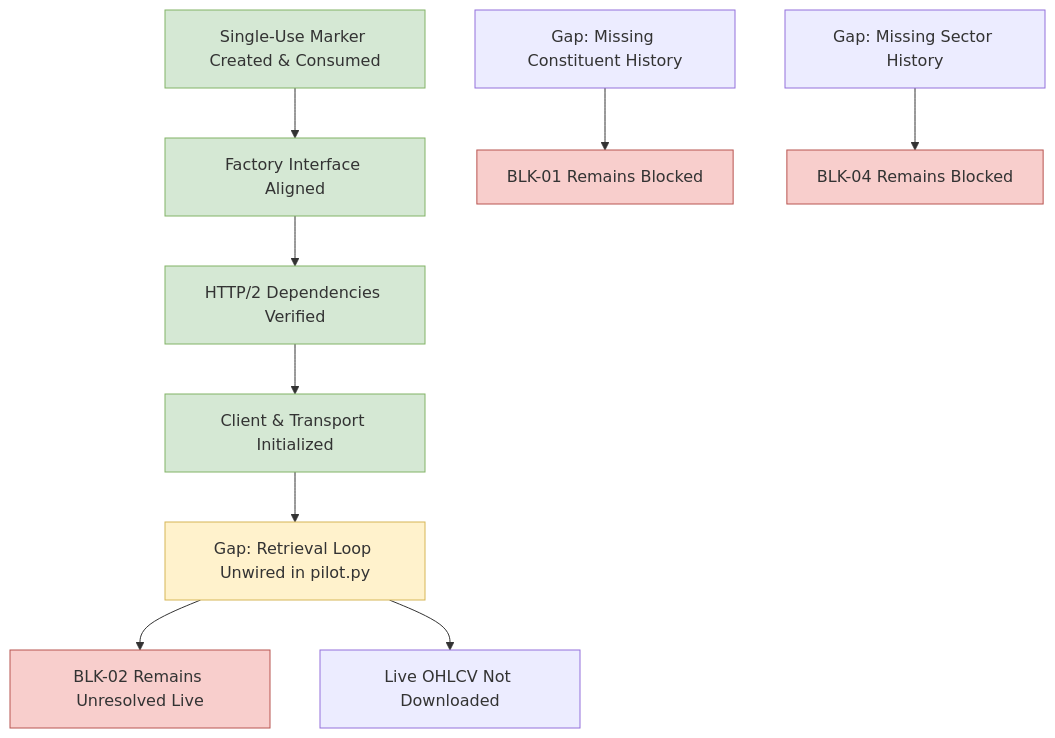
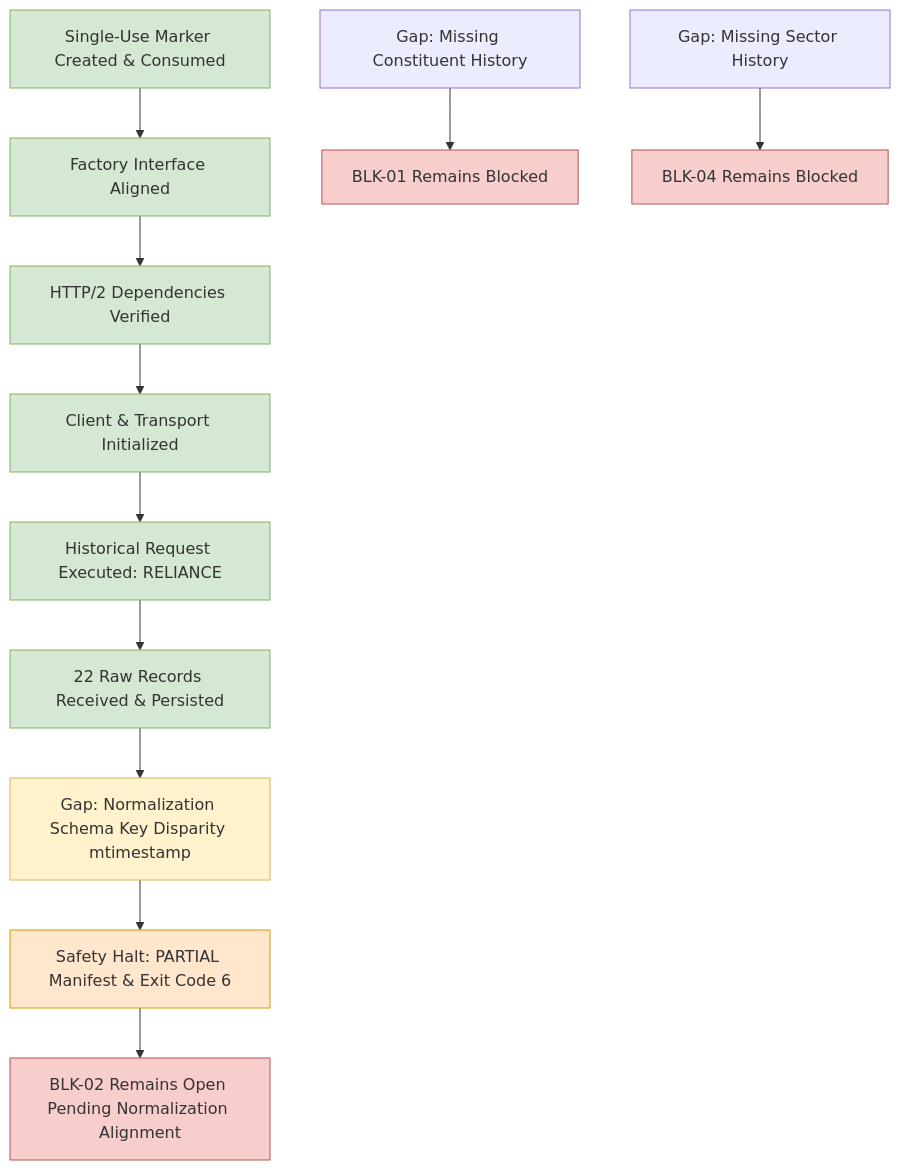
The diagram in docs/PHASE7_NSE_FIVE_STOCK_GAP_ANALYSIS.md (rkchhabda/aarambh), drawn with Mermaid before and after one commit. The commit also changed other lines of this file and 5 other files, not shown here.

````diff
--- a/docs/PHASE7_NSE_FIVE_STOCK_GAP_ANALYSIS.md
+++ b/docs/PHASE7_NSE_FIVE_STOCK_GAP_ANALYSIS.md
@@ -22,21 +22,26 @@
 ```mermaid
 flowchart TD
     D1[Single-Use Marker Created & Consumed] --> F1[Factory Interface Aligned]
     F1 --> H1[HTTP/2 Dependencies Verified]
     H1 --> C1[Client & Transport Initialized]
-    C1 --> G3[Gap: Retrieval Loop Unwired in pilot.py]
-    G3 --> B1[BLK-02 Remains Unresolved Live]
-    G3 --> B2[Live OHLCV Not Downloaded]
+    C1 --> R1[Historical Request Executed: RELIANCE]
+    R1 --> R2[22 Raw Records Received & Persisted]
+    R2 --> G4[Gap: Normalization Schema Key Disparity mtimestamp]
+    G4 --> H2[Safety Halt: PARTIAL Manifest & Exit Code 6]
+    H2 --> B1[BLK-02 Remains Open Pending Normalization Alignment]
     
     G1[Gap: Missing Constituent History] --> B3[BLK-01 Remains Blocked]
     G2[Gap: Missing Sector History] --> B4[BLK-04 Remains Blocked]
     
     style D1 fill:#d5e8d4,stroke:#82b366
     style F1 fill:#d5e8d4,stroke:#82b366
     style H1 fill:#d5e8d4,stroke:#82b366
     style C1 fill:#d5e8d4,stroke:#82b366
-    style G3 fill:#fff2cc,stroke:#d6b656
+    style R1 fill:#d5e8d4,stroke:#82b366
+    style R2 fill:#d5e8d4,stroke:#82b366
+    style G4 fill:#fff2cc,stroke:#d6b656
+    style H2 fill:#ffe6cc,stroke:#d79b00
     style B1 fill:#f8cecc,stroke:#b85450
     style B3 fill:#f8cecc,stroke:#b85450
     style B4 fill:#f8cecc,stroke:#b85450
 ```
````
